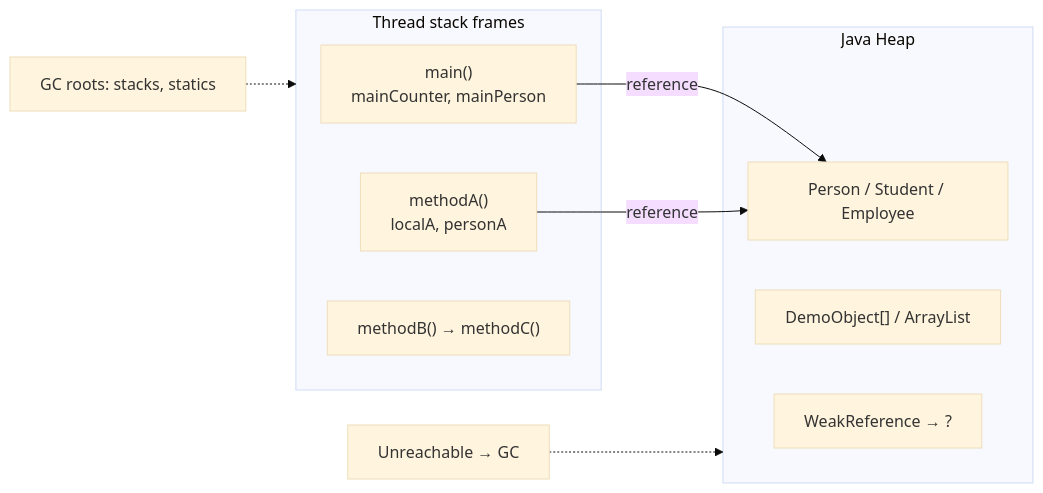
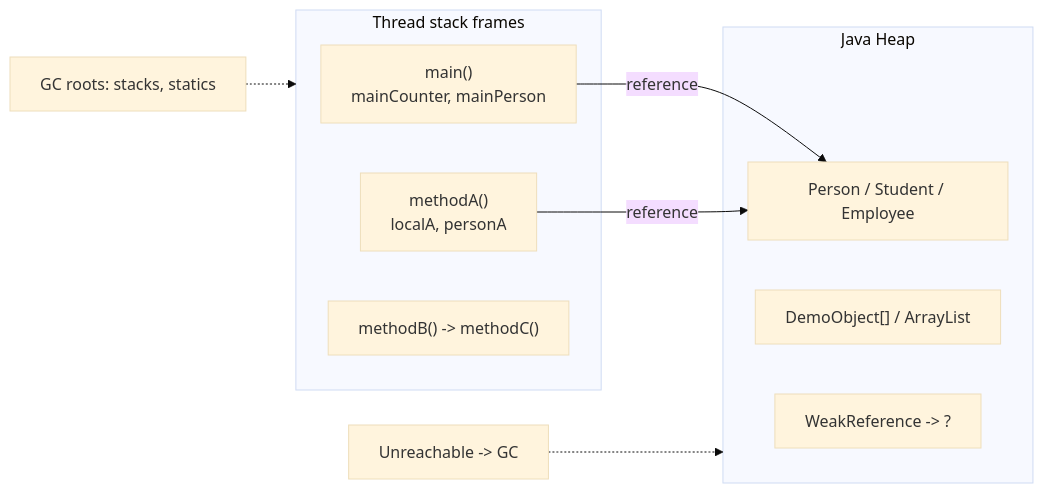
The first of 3 diagrams in labs/Week 1 - Java and JVM Foundations/module-04/lab4/LAB-4-GUIDE.md (pupilliluke/bc-sw-engineer-java-participant), drawn with Mermaid (base theme) before and after one commit. The commit also changed 55 other files, not shown here.

Commit message:
Stop publishing local screenshots; harden Mermaid for GitHub; sync only tracked lab files.

````diff
--- a/labs/Week 1 - Java and JVM Foundations/module-04/lab4/LAB-4-GUIDE.md
+++ b/labs/Week 1 - Java and JVM Foundations/module-04/lab4/LAB-4-GUIDE.md
@@ -88,17 +88,17 @@
 ```mermaid
 flowchart LR
   subgraph Stack["Thread stack frames"]
     M["main()<br/>mainCounter, mainPerson"]
     A["methodA()<br/>localA, personA"]
-    B["methodB() → methodC()"]
+    B["methodB() -> methodC()"]
   end
   subgraph Heap["Java Heap"]
     P["Person / Student / Employee"]
     L["DemoObject[] / ArrayList"]
-    W["WeakReference → ?"]
+    W["WeakReference -> ?"]
   end
   M -->|reference| P
   A -->|reference| P
   GC["GC roots: stacks, statics"] -.-> Stack
-  Unreach["Unreachable → GC"] -.-> Heap
+  Unreach["Unreachable -> GC"] -.-> Heap
 ```
````
